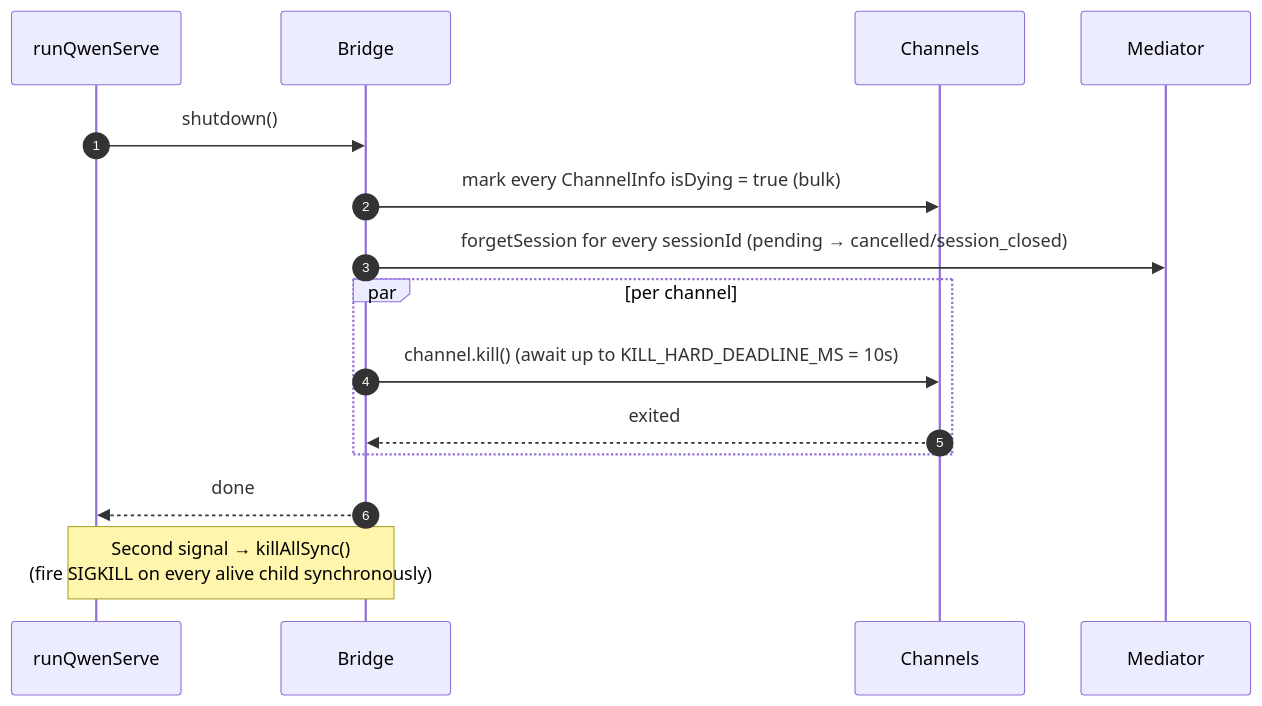
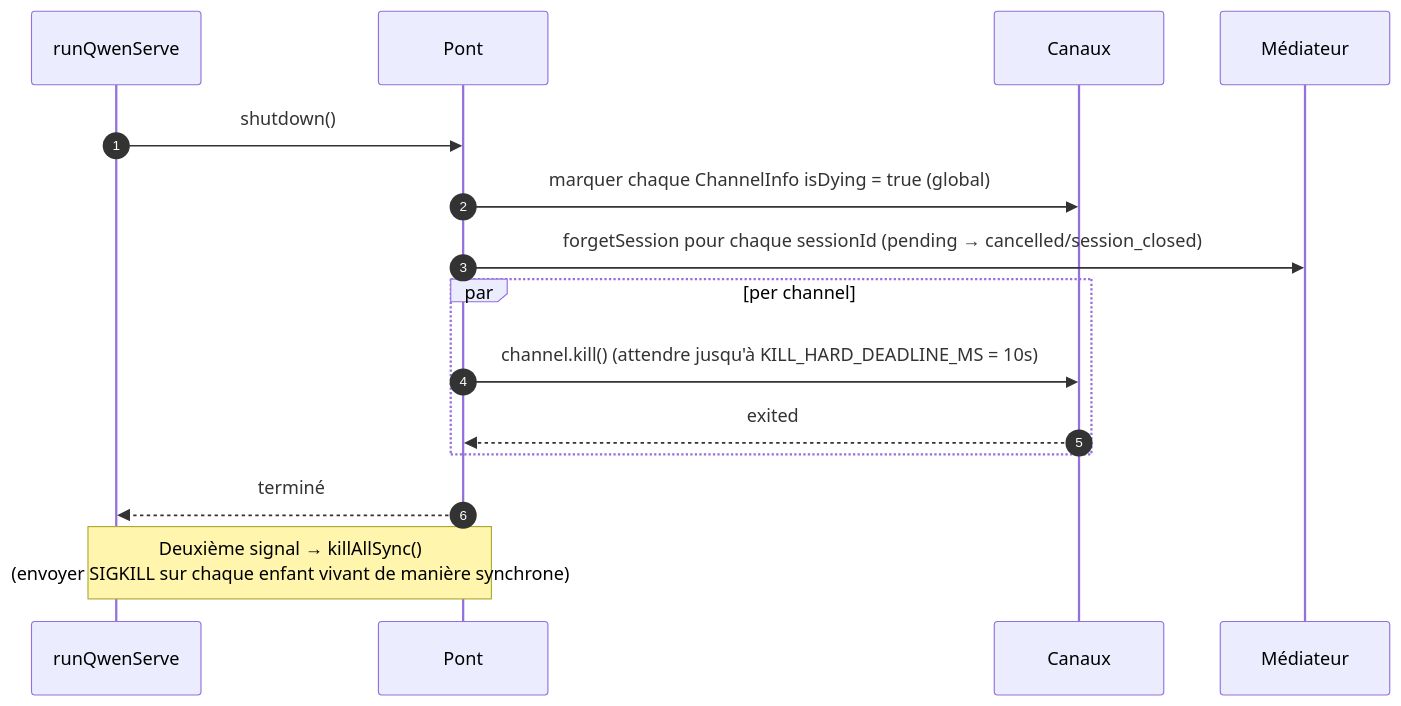
Before and after one commit to QwenLM/qwen-code-docs: the fourth of 4 diagrams in website/content/fr/developers/daemon/03-acp-bridge.md, drawn with Mermaid. The commit also changed other lines of this file and 1077 other files, not shown here.

First line of the commit message:
docs(i18n): full re-sync and translate all docs to 6 languages

````diff
--- a/website/content/fr/developers/daemon/03-acp-bridge.md
+++ b/website/content/fr/developers/daemon/03-acp-bridge.md
@@ -143,18 +145,18 @@
 ```mermaid
 sequenceDiagram
     autonumber
     participant Op as runQwenServe
-    participant B as Bridge
-    participant CHs as Channels
-    participant M as Mediator
+    participant B as Pont
+    participant CHs as Canaux
+    participant M as Médiateur
 
     Op->>B: shutdown()
-    B->>CHs: mark every ChannelInfo isDying = true (bulk)
-    B->>M: forgetSession for every sessionId (pending → cancelled/session_closed)
+    B->>CHs: marquer chaque ChannelInfo isDying = true (global)
+    B->>M: forgetSession pour chaque sessionId (pending → cancelled/session_closed)
     par per channel
-        B->>CHs: channel.kill() (await up to KILL_HARD_DEADLINE_MS = 10s)
+        B->>CHs: channel.kill() (attendre jusqu'à KILL_HARD_DEADLINE_MS = 10s)
         CHs-->>B: exited
     end
-    B-->>Op: done
-    Note over Op,B: Second signal → killAllSync()<br/>(fire SIGKILL on every alive child synchronously)
+    B-->>Op: terminé
+    Note over Op,B: Deuxième signal → killAllSync()<br/>(envoyer SIGKILL sur chaque enfant vivant de manière synchrone)
 ```
````
